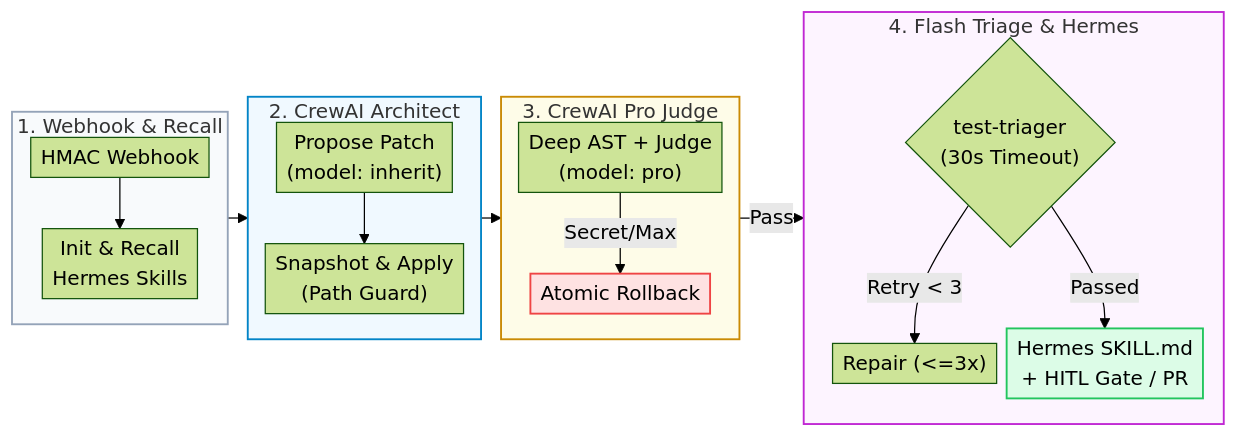
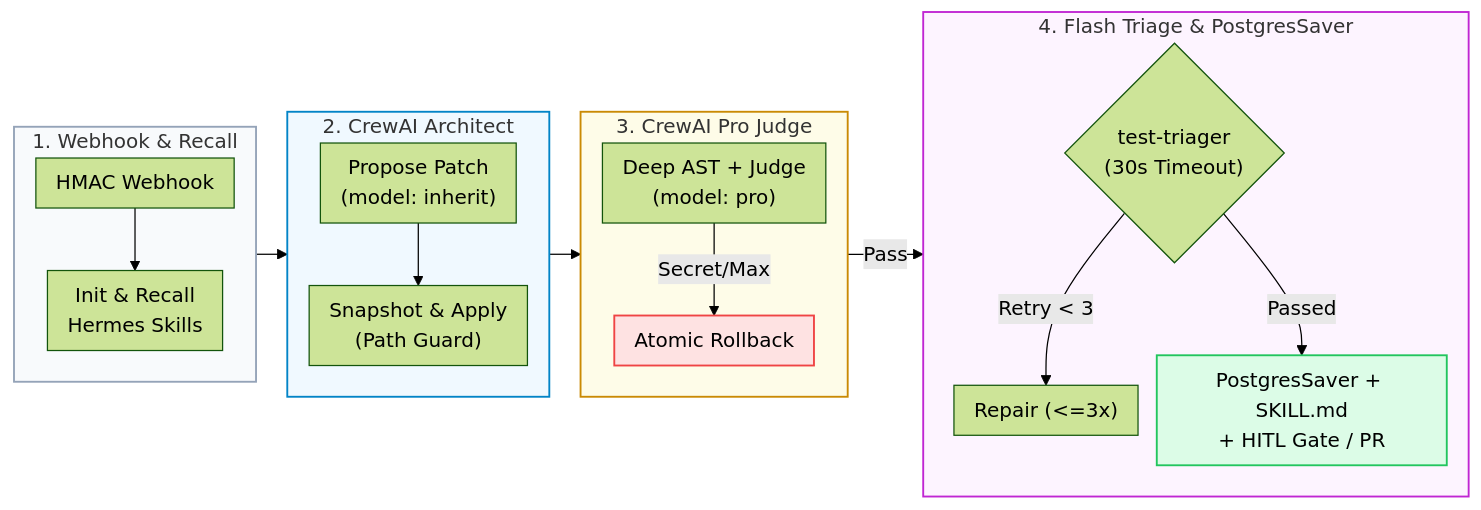
One commit to Kenono2000/enterprise-rag-pgvector-rbac changed the sixth of 7 diagrams in README.md. Above: the diagram before and after it, drawn with Mermaid (forest theme). The commit also changed other lines of this file and 10 other files, not shown here.

````diff
--- a/README.md
+++ b/README.md
@@ -152,28 +153,28 @@
 ```mermaid
-%%{init: {'flowchart': {'nodeSpacing': 8, 'rankSpacing': 16, 'padding': 4}}}%%
+%%{init: {'flowchart': {'nodeSpacing': 15, 'rankSpacing': 25, 'padding': 8}}}%%
 flowchart LR
     subgraph Intake ["1. Webhook & Recall"]
         direction TB
         Hook["HMAC Webhook"] --> Init["Init & Recall<br/>Hermes Skills"]
     end
     subgraph Gen ["2. CrewAI Architect"]
         direction TB
         Propose["Propose Patch<br/>(model: inherit)"] --> Apply["Snapshot & Apply<br/>(Path Guard)"]
     end
     subgraph Audit ["3. CrewAI Pro Judge"]
         direction TB
         Inspect["Deep AST + Judge<br/>(model: pro)"] -->|Secret/Max| Reject["Atomic Rollback"]
     end
-    subgraph Verify ["4. Flash Triage & Hermes"]
+    subgraph Verify ["4. Flash Triage & PostgresSaver"]
         direction TB
         Test{"test-triager<br/>(30s Timeout)"} -->|Retry < 3| Repair["Repair (<=3x)"]
-        Test -->|Passed| Hermes["Hermes SKILL.md<br/>+ HITL Gate / PR"]
+        Test -->|Passed| Hermes["PostgresSaver + SKILL.md<br/>+ HITL Gate / PR"]
     end
     Intake --> Gen --> Audit -->|Pass| Verify
     style Intake fill:#f8fafc,stroke:#94a3b8,stroke-width:1.5px
     style Gen fill:#f0f9ff,stroke:#0284c7,stroke-width:1.5px
     style Audit fill:#fefce8,stroke:#ca8a04,stroke-width:1.5px
     style Verify fill:#fdf4ff,stroke:#c026d3,stroke-width:1.5px
     style Reject fill:#fee2e2,stroke:#ef4444,stroke-width:1.5px
     style Hermes fill:#dcfce7,stroke:#22c55e,stroke-width:1.5px
 ```
````
